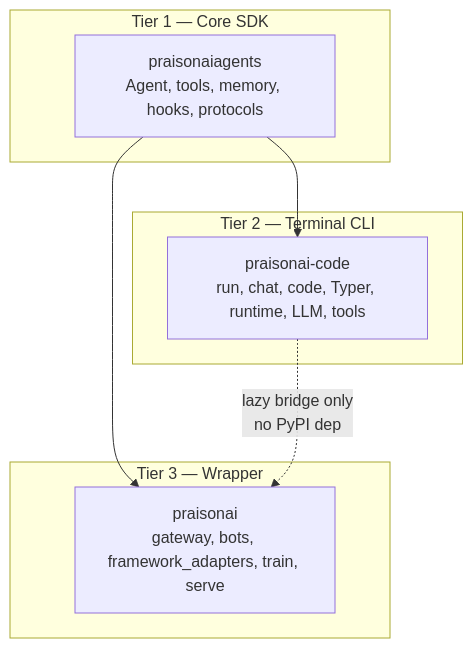
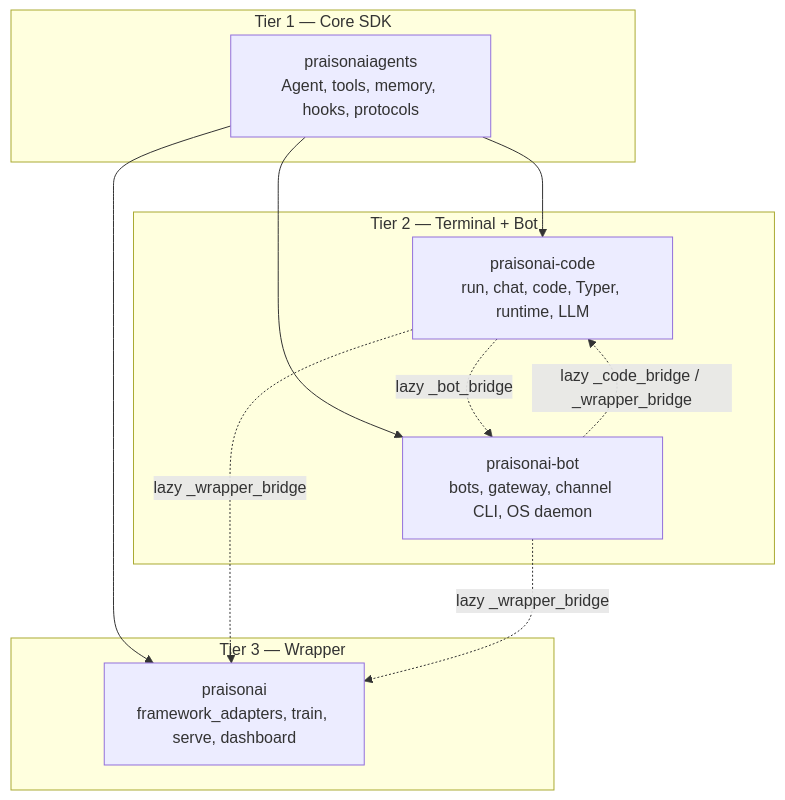
One commit to MervinPraison/PraisonAI changed the first of 6 diagrams in ARCHITECTURE.md. Above: the diagram before and after it, drawn with Mermaid. The commit also changed other lines of this file and 415 other files, not shown here.

First line of the commit message:
feat(c9): extract praisonai-bot package with backward-compat shims

````diff
--- a/ARCHITECTURE.md
+++ b/ARCHITECTURE.md
@@ -62,18 +62,23 @@
 ```mermaid
 flowchart TB
   subgraph tier1 [Tier 1 — Core SDK]
     Agents["praisonaiagents<br/>Agent, tools, memory, hooks, protocols"]
   end
 
-  subgraph tier2 [Tier 2 — Terminal CLI]
-    Code["praisonai-code<br/>run, chat, code, Typer, runtime, LLM, tools"]
+  subgraph tier2 [Tier 2 — Terminal + Bot]
+    Code["praisonai-code<br/>run, chat, code, Typer, runtime, LLM"]
+    Bot["praisonai-bot<br/>bots, gateway, channel CLI, OS daemon"]
   end
 
   subgraph tier3 [Tier 3 — Wrapper]
-    Wrapper["praisonai<br/>gateway, bots, framework_adapters, train, serve"]
+    Wrapper["praisonai<br/>framework_adapters, train, serve, dashboard"]
   end
 
   Agents --> Code
+  Agents --> Bot
   Agents --> Wrapper
-  Code -.->|"lazy bridge only<br/>no PyPI dep"| Wrapper
+  Code -.->|"lazy _bot_bridge"| Bot
+  Code -.->|"lazy _wrapper_bridge"| Wrapper
+  Bot -.->|"lazy _code_bridge / _wrapper_bridge"| Code
+  Bot -.->|"lazy _wrapper_bridge"| Wrapper
 ```
````
